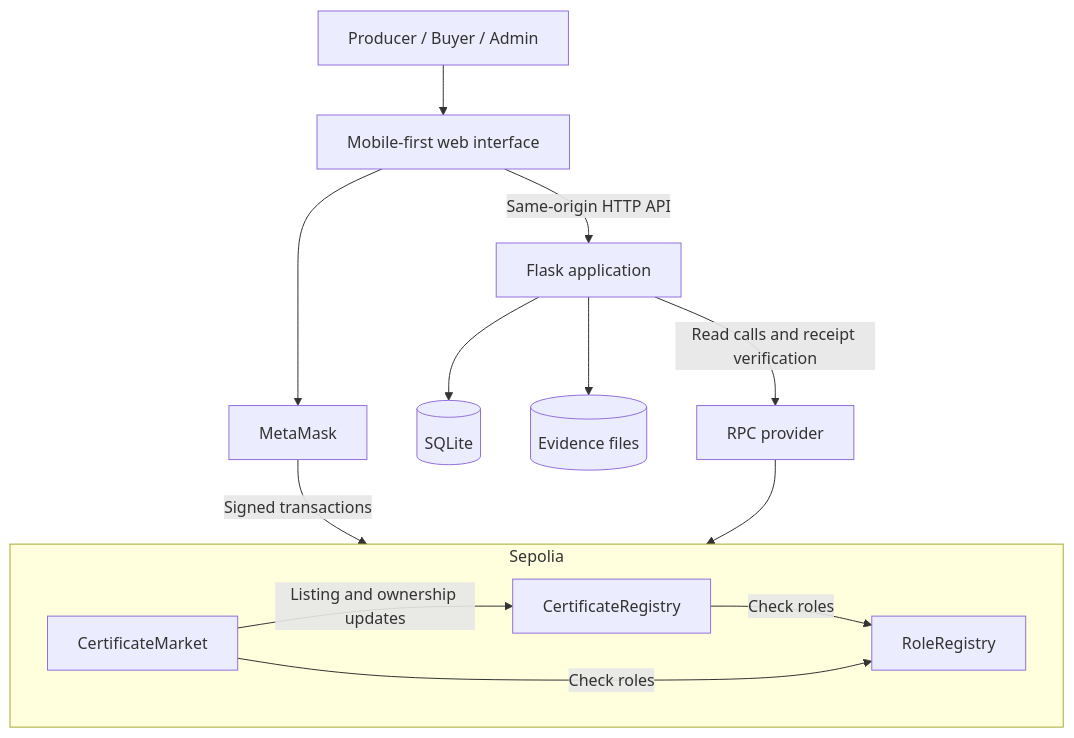
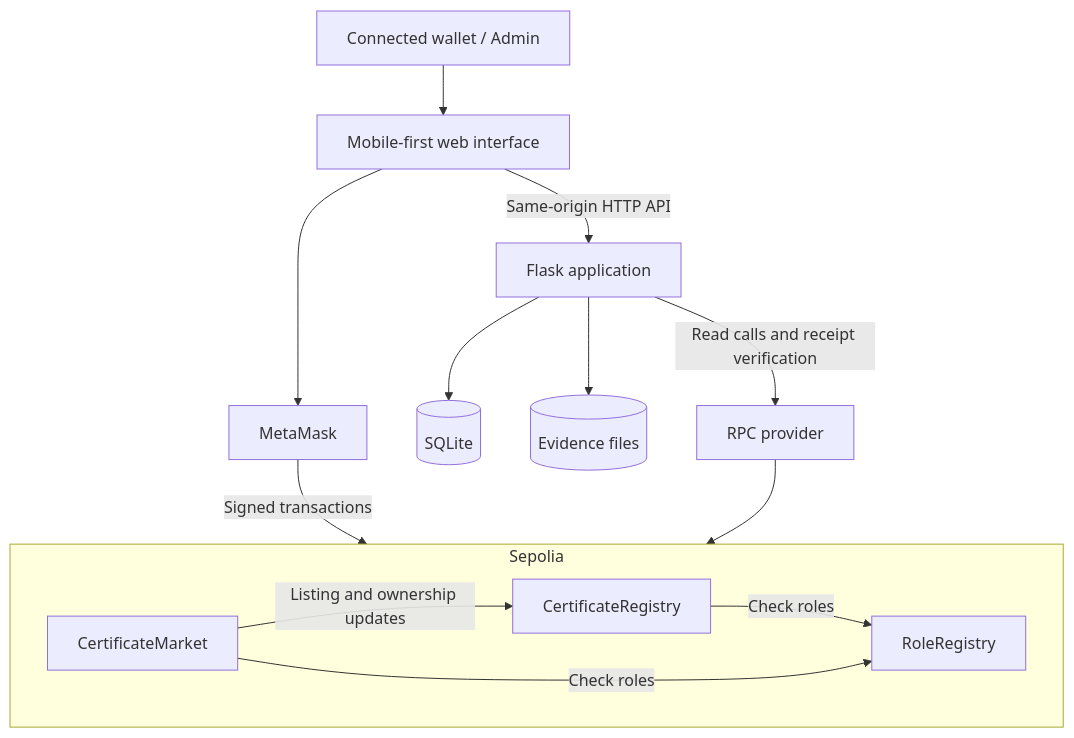
Before and after one commit to chuansao258-888/Greencert: the first of 6 diagrams in docs/development/02-architecture-flow.md, drawn with Mermaid. The commit also changed other lines of this file and 23 other files, not shown here.

````diff
--- a/docs/development/02-architecture-flow.md
+++ b/docs/development/02-architecture-flow.md
@@ -5,19 +5,19 @@
 ```mermaid
 flowchart TB
-    User[Producer / Buyer / Admin] --> UI[Mobile-first web interface]
+    User[Connected wallet / Admin] --> UI[Mobile-first web interface]
     UI --> Wallet[MetaMask]
     Wallet -->|Signed transactions| Chain[Sepolia]
     UI -->|Same-origin HTTP API| Flask[Flask application]
     Flask --> DB[(SQLite)]
     Flask --> Files[(Evidence files)]
     Flask -->|Read calls and receipt verification| RPC[RPC provider]
     RPC --> Chain
     subgraph Chain[Sepolia]
         Roles[RoleRegistry]
         Registry[CertificateRegistry]
         Market[CertificateMarket]
         Registry -->|Check roles| Roles
         Market -->|Check roles| Roles
         Market -->|Listing and ownership updates| Registry
     end
 ```
````
